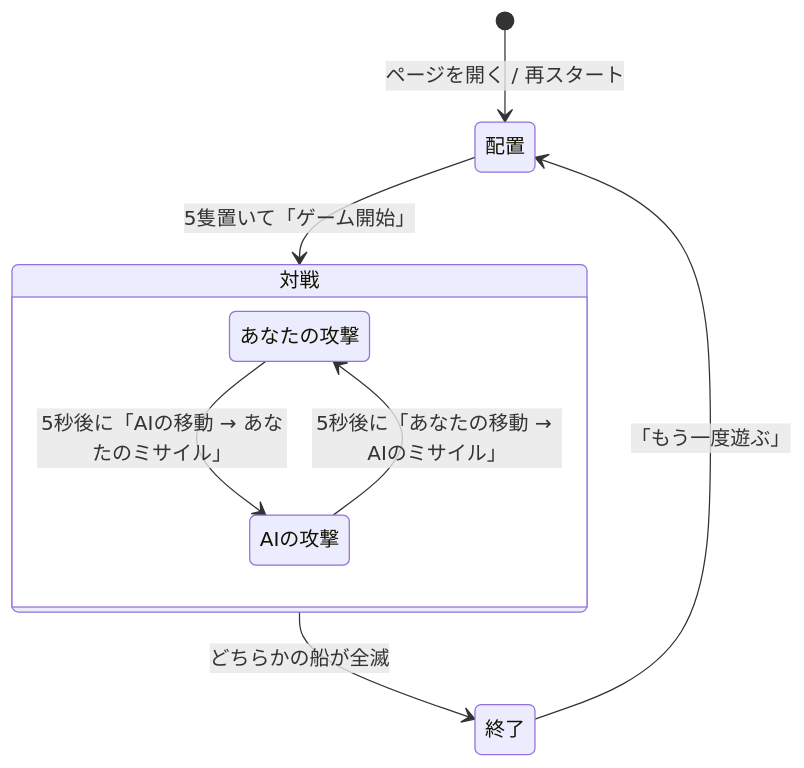
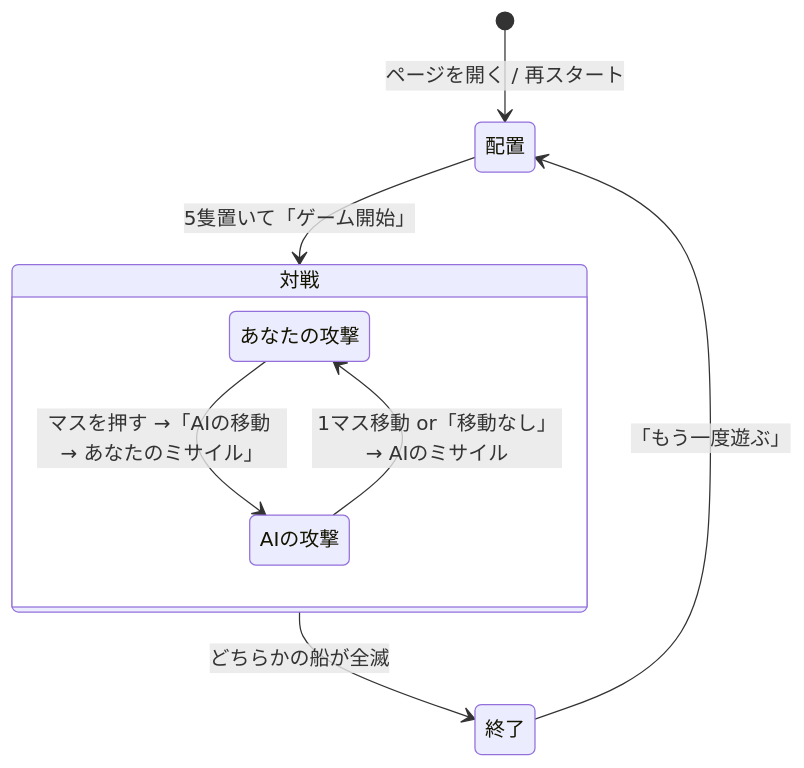
One commit to lightblue-emyu/battleship-vs-ai changed the second of 4 diagrams in docs/how-it-works.md. Above: the diagram before and after it, drawn with Mermaid. The commit also changed other lines of this file and 12 other files, not shown here.

````diff
--- a/docs/how-it-works.md
+++ b/docs/how-it-works.md
@@ -31,11 +31,11 @@
 ```mermaid
 stateDiagram-v2
   [*] --> 配置: ページを開く / 再スタート
   配置 --> 対戦: 5隻置いて「ゲーム開始」
   state 対戦 {
-    あなたの攻撃 --> AIの攻撃: 5秒後に「AIの移動 → あなたのミサイル」
-    AIの攻撃 --> あなたの攻撃: 5秒後に「あなたの移動 → AIのミサイル」
+    あなたの攻撃 --> AIの攻撃: マスを押す →「AIの移動 → あなたのミサイル」
+    AIの攻撃 --> あなたの攻撃: 1マス移動 or「移動なし」→ AIのミサイル
   }
   対戦 --> 終了: どちらかの船が全滅
   終了 --> 配置: 「もう一度遊ぶ」
 ```
````
